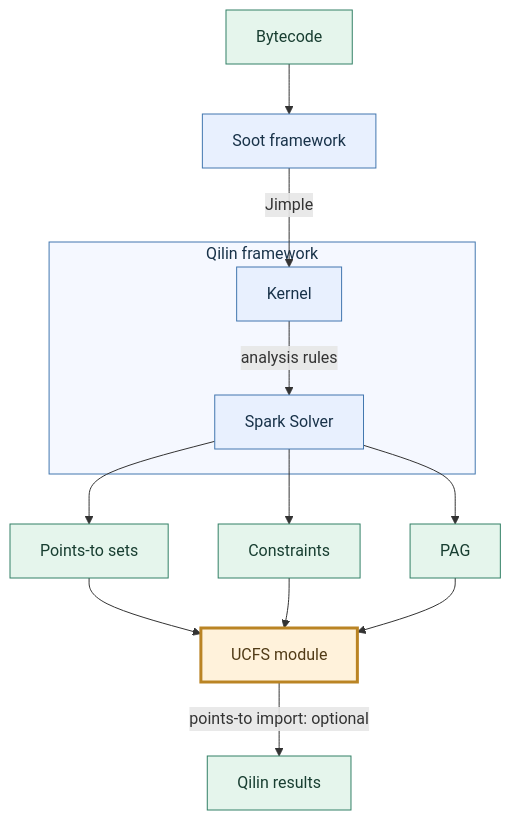
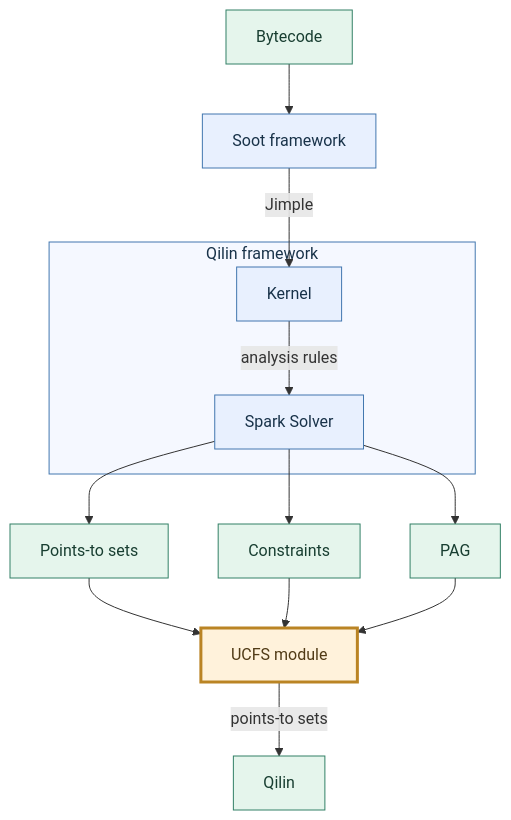
The first of 3 diagrams in qilin.ucfs/INTEGRATIONS.md (UsatovPavel/Qilin), drawn with Mermaid before and after one commit.

Commit message:
docs: label final points-to result returned to Qilin

````diff
--- a/qilin.ucfs/INTEGRATIONS.md
+++ b/qilin.ucfs/INTEGRATIONS.md
@@ -3,35 +3,35 @@
 ```mermaid
 flowchart TD
     PBytecode["Bytecode"]
     PSoot["Soot framework"]
 
     subgraph PQilin["Qilin framework"]
         PKernel["Kernel"]
         PSpark["Spark Solver"]
         PKernel -->|"analysis rules"| PSpark
     end
 
     PPoints["Points-to sets"]
     PConstraints["Constraints"]
     PGraph["PAG"]
     PModule["UCFS module"]
-    PResult["Qilin results"]
+    PResult["Qilin"]
 
     PBytecode --> PSoot
     PSoot -->|"Jimple"| PKernel
     PSpark --> PPoints
     PSpark --> PConstraints
     PSpark --> PGraph
     PPoints --> PModule
     PConstraints --> PModule
     PGraph --> PModule
-    PModule -->|"points-to import: optional"| PResult
+    PModule -->|"points-to sets"| PResult
 
     classDef framework fill:#e8f0fe,stroke:#4277af,color:#183249;
     classDef data fill:#e5f5ec,stroke:#328066,color:#183e31;
     classDef integration fill:#fff2db,stroke:#ba8424,stroke-width:3px,color:#513b16;
     class PSoot,PKernel,PSpark framework;
     class PBytecode,PPoints,PConstraints,PGraph,PResult data;
     class PModule integration;
     style PQilin fill:#f5f8ff,stroke:#4277af,color:#183249;
 ```
````
